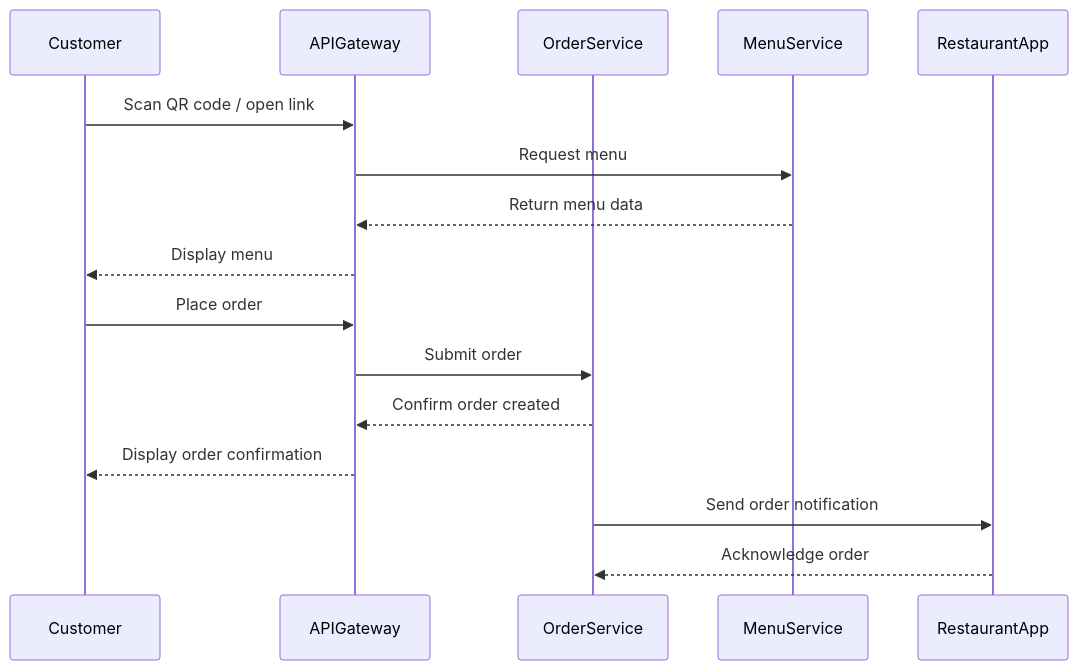
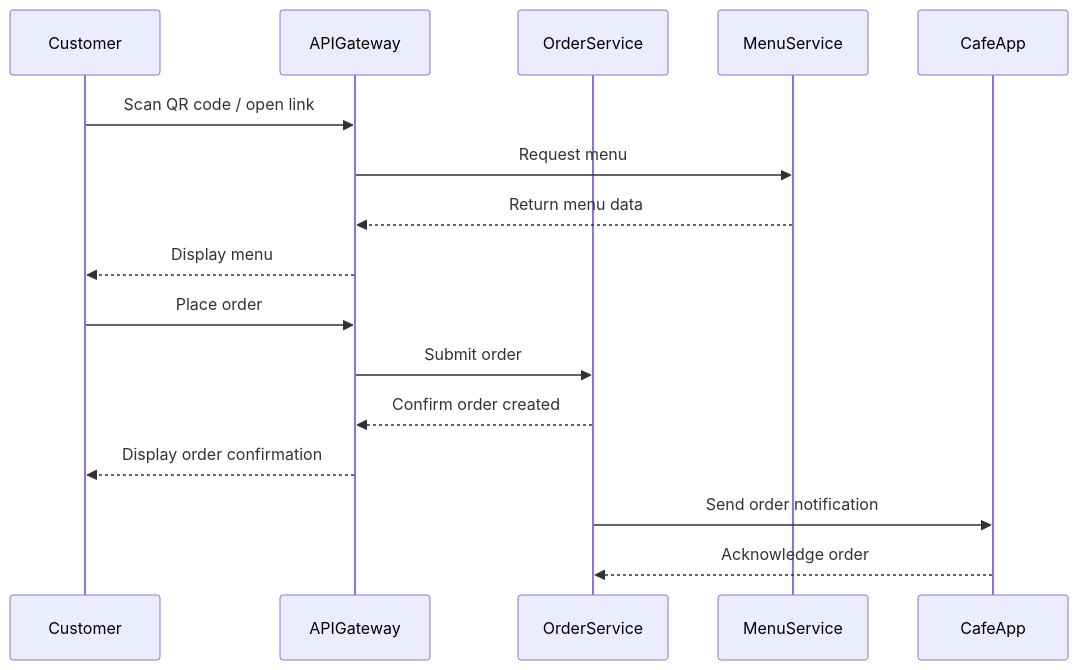
Before and after one commit to petro-konopelko/smartcafe-docs: the diagram in 00-overview/mvp.md, drawn with Mermaid. The commit also changed other lines of this file and 15 other files, not shown here.

````diff
--- a/00-overview/mvp.md
+++ b/00-overview/mvp.md
@@ -44,21 +47,21 @@
 ```mermaid
 sequenceDiagram
     participant Customer
     participant APIGateway
     participant OrderService
     participant MenuService
-    participant RestaurantApp
+    participant CafeApp
 
     Customer->>APIGateway: Scan QR code / open link
     APIGateway->>MenuService: Request menu
     MenuService-->>APIGateway: Return menu data
     APIGateway-->>Customer: Display menu
 
     Customer->>APIGateway: Place order
     APIGateway->>OrderService: Submit order
     OrderService-->>APIGateway: Confirm order created
     APIGateway-->>Customer: Display order confirmation
 
-    OrderService->>RestaurantApp: Send order notification
-    RestaurantApp-->>OrderService: Acknowledge order
+    OrderService->>CafeApp: Send order notification
+    CafeApp-->>OrderService: Acknowledge order
 ```
````
